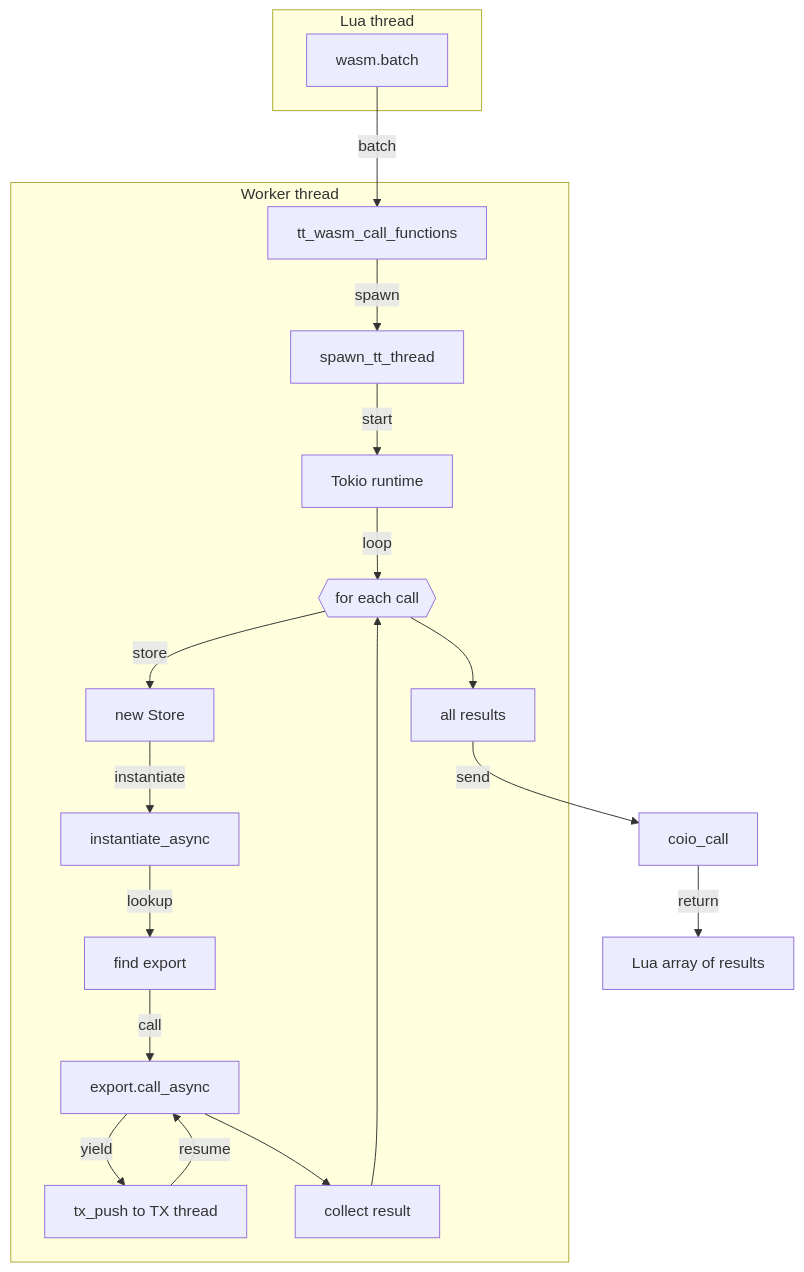
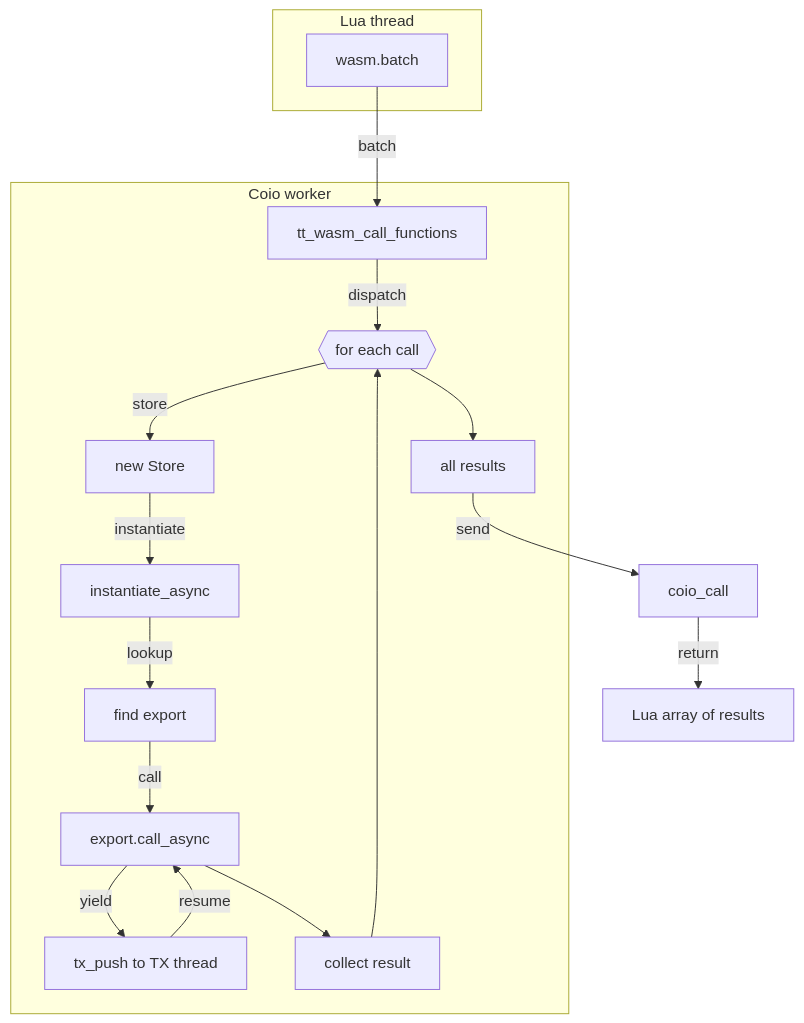
One commit to tarantool/tarantool-wasm-rs changed the third of 3 diagrams in docs/wasm_component.md. Above: the diagram before and after it, drawn with Mermaid. The commit also changed other lines of this file and 5 other files, not shown here.

````diff
--- a/docs/wasm_component.md
+++ b/docs/wasm_component.md
@@ -95,26 +102,24 @@
 ```mermaid
 flowchart TD
     subgraph Lua thread
         LB[wasm.batch]
     end
 
     LB -- batch --> FB[tt_wasm_call_functions]
 
-    subgraph Worker thread
-        FB -- spawn --> ST[spawn_tt_thread]
-        ST -- start --> TR[Tokio runtime]
-        TR -- loop --> Loop{{for each call}}
+    subgraph Coio worker
+        FB -- dispatch --> Loop{{for each call}}
         Loop -- store --> BS[new Store]
         BS -- instantiate --> BI[instantiate_async]
         BI -- lookup --> BFind[find export]
         BFind -- call --> BCall[export.call_async]
         BCall -->|yield| TX[tx_push to TX thread]
         TX -->|resume| BCall
         BCall --> Collect[collect result]
         Collect --> Loop
         Loop --> BDone[all results]
     end
 
     BDone -- send --> CoioBatch[coio_call]
     CoioBatch -- return --> ReturnBatch[Lua array of results]
 ```
````
